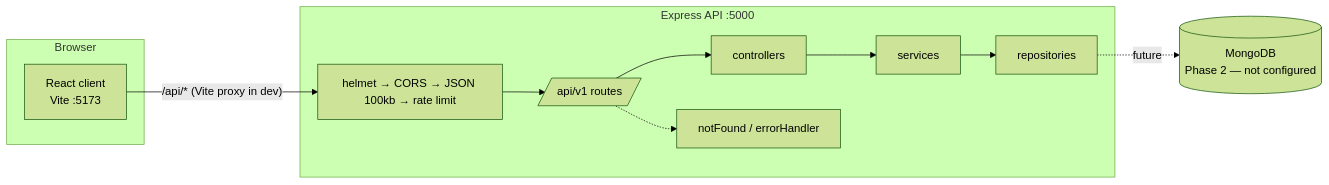
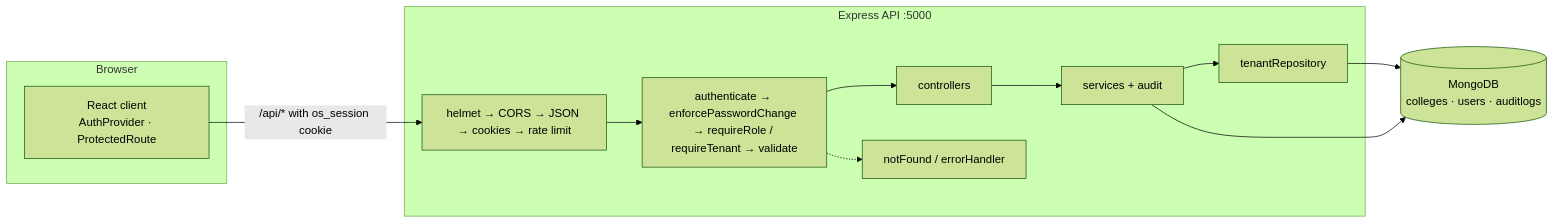
One commit to SamarthBurkul/offershield-campus-trust-desk changed the diagram in docs/ARCHITECTURE.md. Above: the diagram before and after it, drawn with Mermaid (forest theme). The commit also changed other lines of this file and 85 other files, not shown here.

Commit message:
feat(phase-2): MongoDB, cookie auth, four roles, tenant isolation, staff/admin management, audit log, seeds

````diff
--- a/docs/ARCHITECTURE.md
+++ b/docs/ARCHITECTURE.md
@@ -65,19 +102,20 @@
 ```mermaid
 flowchart LR
   subgraph Browser
-    UI[React client<br/>Vite :5173]
+    UI[React client<br/>AuthProvider · ProtectedRoute]
   end
   subgraph API[Express API :5000]
-    MW[helmet → CORS → JSON 100kb → rate limit]
-    R[/api/v1 routes/]
+    MW[helmet → CORS → JSON → cookies → rate limit]
+    A[authenticate → enforcePasswordChange → requireRole / requireTenant → validate]
     C[controllers]
-    S[services]
-    Rep[repositories]
+    S[services + audit]
+    Rep[tenantRepository]
     EH[notFound / errorHandler]
-    MW --> R --> C --> S --> Rep
-    R -.-> EH
+    MW --> A --> C --> S --> Rep
+    A -.-> EH
   end
-  DB[(MongoDB<br/>Phase 2 — not configured)]
-  UI -- "/api/* (Vite proxy in dev)" --> MW
-  Rep -. future .-> DB
+  DB[(MongoDB<br/>colleges · users · auditlogs)]
+  UI -- "/api/* with os_session cookie" --> MW
+  Rep --> DB
+  S --> DB
 ```
````
